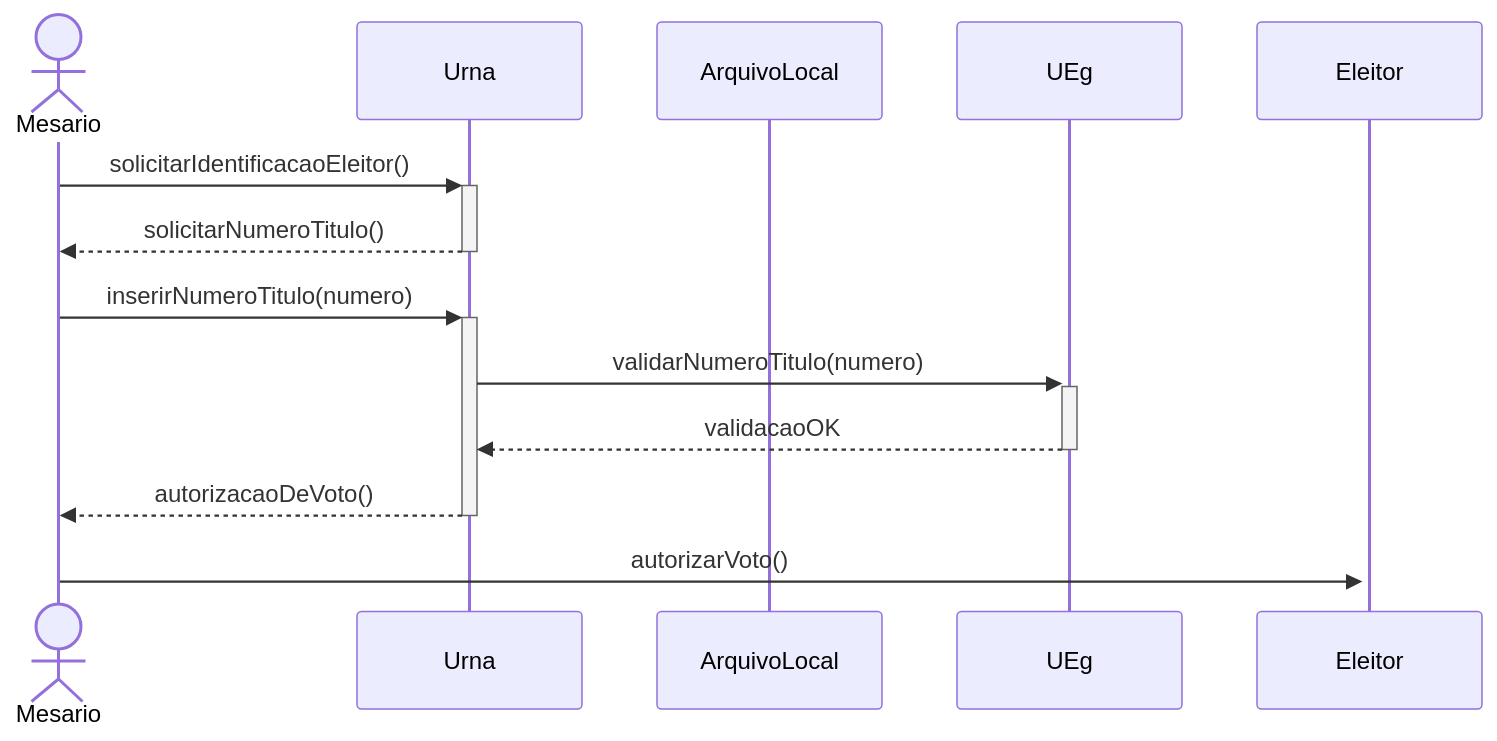
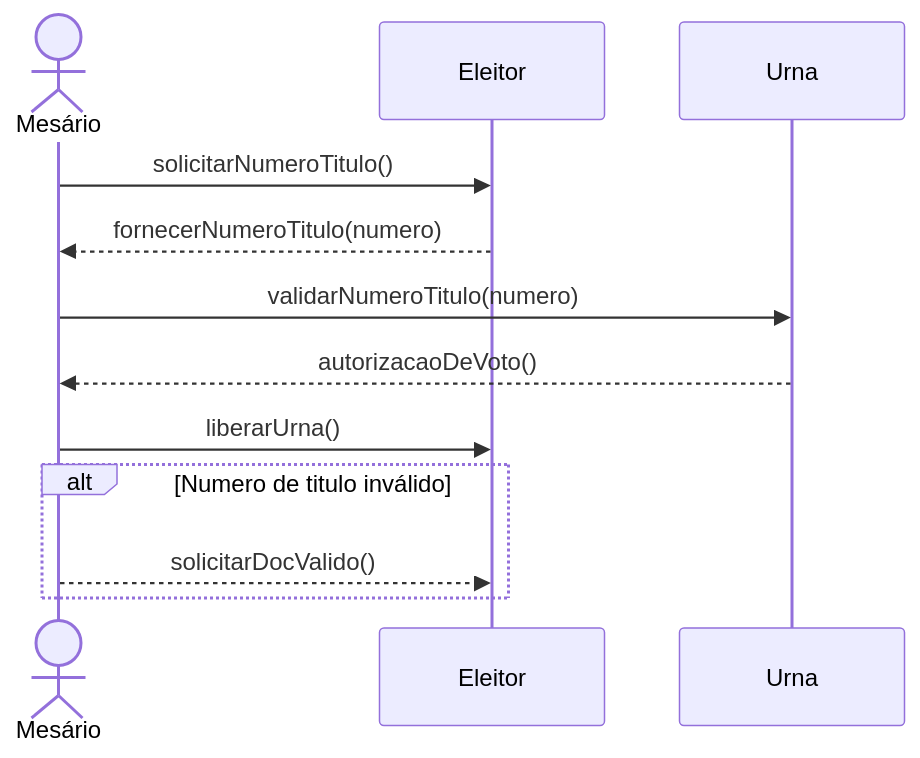
The fourth of 6 diagrams in README.md (CittaSebas/UrnaEletronica), drawn with Mermaid before and after one commit. The commit also changed other lines of this file, not shown here.

Commit message:
Atualizei o diagrama de classes e os de sequência, bem como o UC_06 e o UC_04

````diff
--- a/README.md
+++ b/README.md
@@ -165,16 +143,17 @@
 ```mermaid
 sequenceDiagram
-    actor Mesario
+    actor Mesário
+    participant Eleitor
     participant Urna
-    participant ArquivoLocal
-    Mesario->>+Urna: solicitarIdentificacaoEleitor()
-    Urna-->>-Mesario: solicitarNumeroTitulo()
 
-    Mesario->>+Urna: inserirNumeroTitulo(numero)
-    Urna->>+UEg: validarNumeroTitulo(numero)
-    UEg-->>-Urna: validacaoOK
+    Mesário->>Eleitor: solicitarNumeroTitulo()
+    Eleitor-->>Mesário: fornecerNumeroTitulo(numero)
 
-    Urna-->>-Mesario: autorizacaoDeVoto()
-    Mesario->>+Eleitor: autorizarVoto()
+    Mesário->>Urna: validarNumeroTitulo(numero)
+    Urna-->>Mesário: autorizacaoDeVoto()
+    Mesário->>Eleitor: liberarUrna()
 
+    alt Numero de titulo inválido
+       Mesário-->>Eleitor: solicitarDocValido()
+    end
 ```
````
